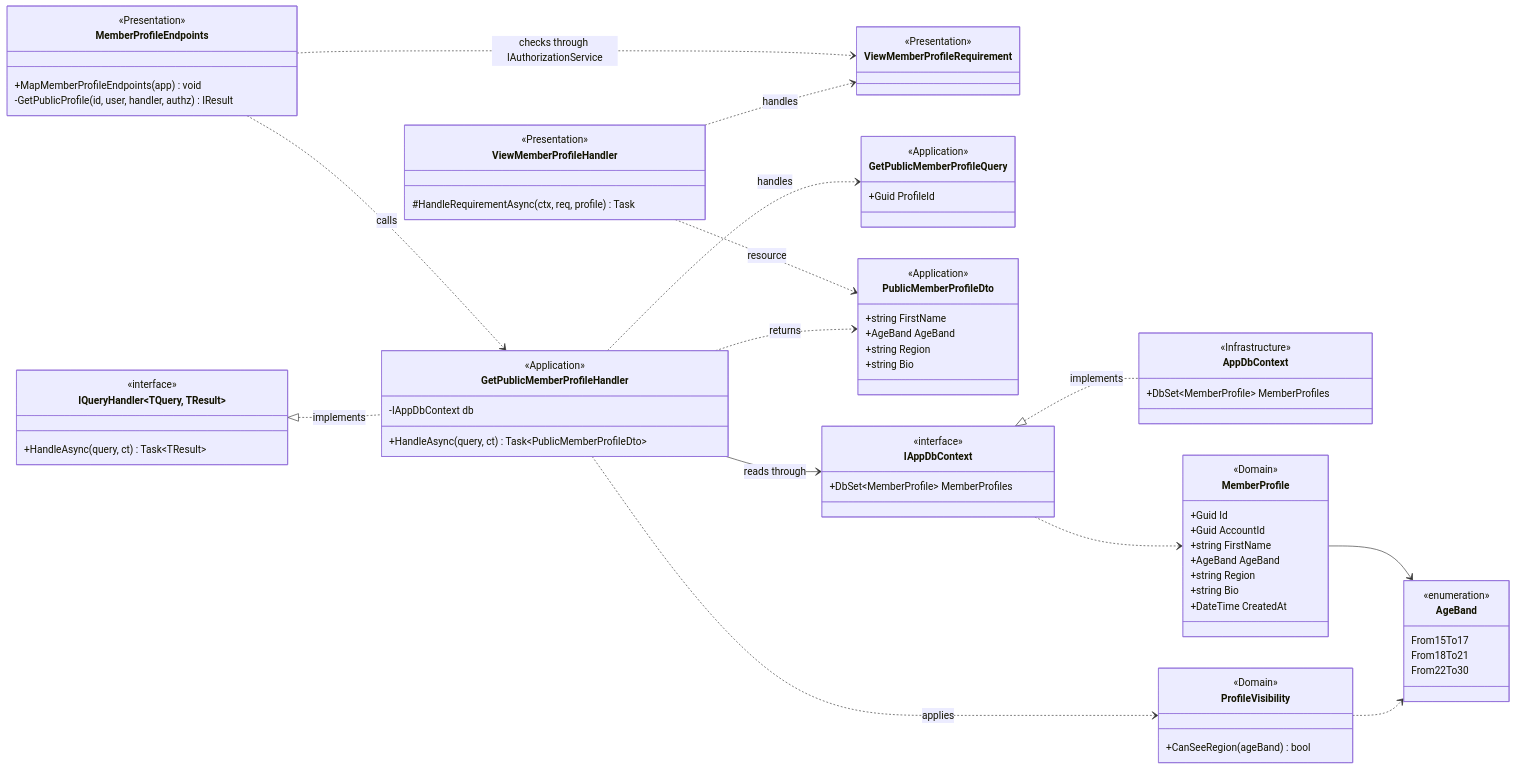
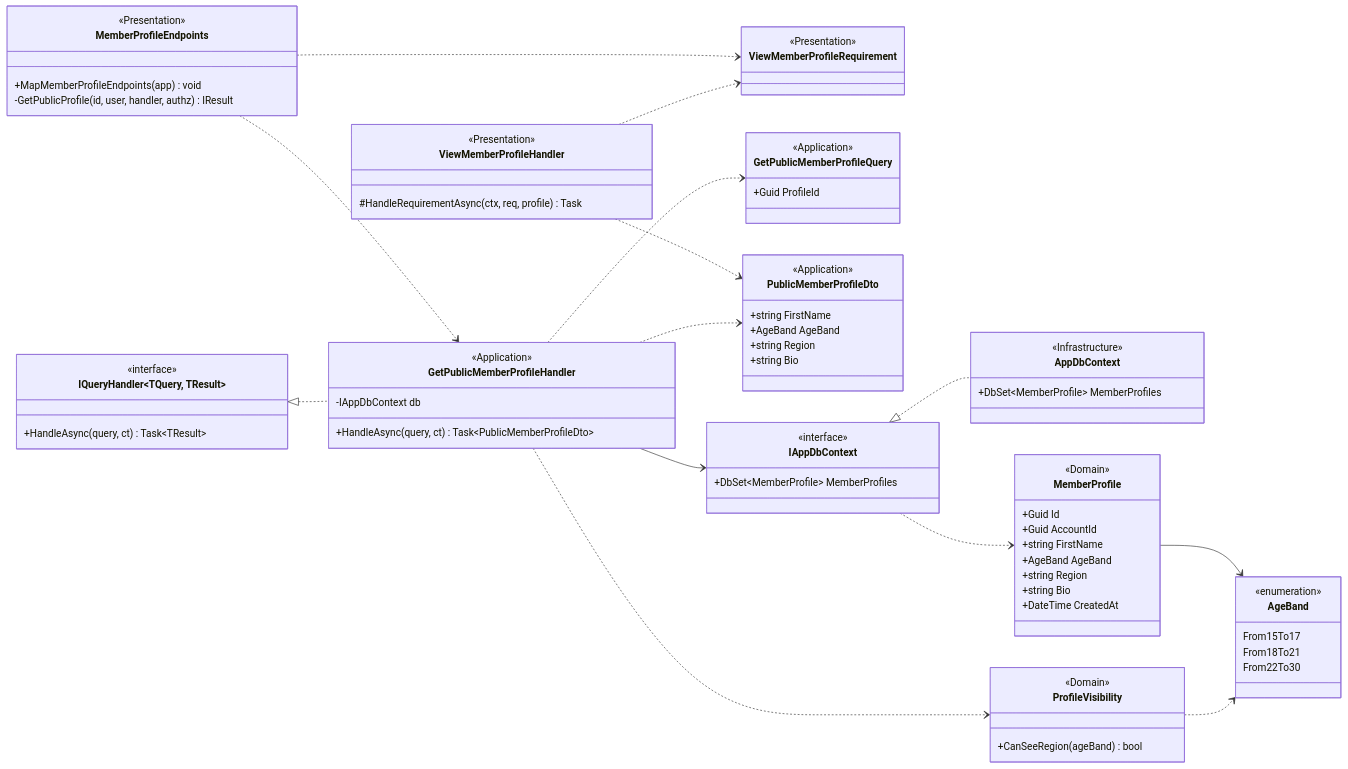
One commit to guruITA/connect-nine changed the fifth of 8 diagrams in docs/wesley/securityAndArchitecture.md. Above: the diagram before and after it, drawn with Mermaid. The commit also changed other lines of this file and 4 other files, not shown here.

Commit message:
docs(docs): add Kubernetes and mermaid diagrams to the architecture and research documents (#38)

````diff
--- a/docs/wesley/securityAndArchitecture.md
+++ b/docs/wesley/securityAndArchitecture.md
@@ -403,77 +431,77 @@
 ```mermaid
 classDiagram
     direction LR
     class MemberProfileEndpoints {
         <<Presentation>>
         +MapMemberProfileEndpoints(app) void
         -GetPublicProfile(id, user, handler, authz) IResult
     }
     class ViewMemberProfileRequirement {
         <<Presentation>>
     }
     class ViewMemberProfileHandler {
         <<Presentation>>
         #HandleRequirementAsync(ctx, req, profile) Task
     }
     class GetPublicMemberProfileQuery {
         <<Application>>
         +Guid ProfileId
     }
     class GetPublicMemberProfileHandler {
         <<Application>>
         -IAppDbContext db
         +HandleAsync(query, ct) Task~PublicMemberProfileDto~
     }
     class PublicMemberProfileDto {
         <<Application>>
         +string FirstName
         +AgeBand AgeBand
         +string Region
         +string Bio
     }
     class IQueryHandler~TQuery, TResult~ {
         <<interface>>
         +HandleAsync(query, ct) Task~TResult~
     }
     class IAppDbContext {
         <<interface>>
         +DbSet~MemberProfile~ MemberProfiles
     }
     class AppDbContext {
         <<Infrastructure>>
         +DbSet~MemberProfile~ MemberProfiles
     }
     class MemberProfile {
         <<Domain>>
         +Guid Id
         +Guid AccountId
         +string FirstName
         +AgeBand AgeBand
         +string Region
         +string Bio
         +DateTime CreatedAt
     }
     class ProfileVisibility {
         <<Domain>>
         +CanSeeRegion(ageBand) bool
     }
     class AgeBand {
         <<enumeration>>
         From15To17
         From18To21
         From22To30
     }
-    MemberProfileEndpoints ..> GetPublicMemberProfileHandler : calls
-    MemberProfileEndpoints ..> ViewMemberProfileRequirement : checks through IAuthorizationService
-    ViewMemberProfileHandler ..> ViewMemberProfileRequirement : handles
-    ViewMemberProfileHandler ..> PublicMemberProfileDto : resource
-    IQueryHandler <|.. GetPublicMemberProfileHandler : implements
-    GetPublicMemberProfileHandler ..> GetPublicMemberProfileQuery : handles
-    GetPublicMemberProfileHandler ..> PublicMemberProfileDto : returns
-    GetPublicMemberProfileHandler --> IAppDbContext : reads through
-    GetPublicMemberProfileHandler ..> ProfileVisibility : applies
-    IAppDbContext <|.. AppDbContext : implements
+    MemberProfileEndpoints ..> GetPublicMemberProfileHandler
+    MemberProfileEndpoints ..> ViewMemberProfileRequirement
+    ViewMemberProfileHandler ..> ViewMemberProfileRequirement
+    ViewMemberProfileHandler ..> PublicMemberProfileDto
+    IQueryHandler <|.. GetPublicMemberProfileHandler
+    GetPublicMemberProfileHandler ..> GetPublicMemberProfileQuery
+    GetPublicMemberProfileHandler ..> PublicMemberProfileDto
+    GetPublicMemberProfileHandler --> IAppDbContext
+    GetPublicMemberProfileHandler ..> ProfileVisibility
+    IAppDbContext <|.. AppDbContext
     IAppDbContext ..> MemberProfile
     MemberProfile --> AgeBand
     ProfileVisibility ..> AgeBand
 ```
````
